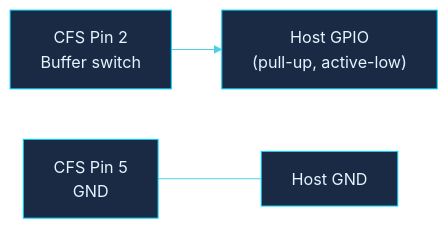
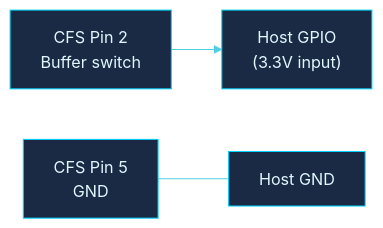
One commit to gitstonelabs/creality-cfs-klipper changed the third of 7 diagrams in INSTALL.md. Above: the diagram before and after it, drawn with Mermaid. The commit also changed other lines of this file and 2 other files, not shown here.

````diff
--- a/INSTALL.md
+++ b/INSTALL.md
@@ -138,8 +138,8 @@
 ```mermaid
 %%{init: {'theme':'base','themeVariables':{
   'background':'#0a1428','primaryColor':'#1a2a44','primaryTextColor':'#e0f7ff',
   'primaryBorderColor':'#00d4ff','lineColor':'#4dd0e1'}}}%%
 flowchart LR
-    P2["CFS Pin 2<br/>Buffer switch"] --> GPIO["Host GPIO<br/>(pull-up, active-low)"]
+    P2["CFS Pin 2<br/>Buffer switch"] --> GPIO["Host GPIO<br/>(3.3V input)"]
     P5["CFS Pin 5<br/>GND"] --- GND2["Host GND"]
 ```
````
